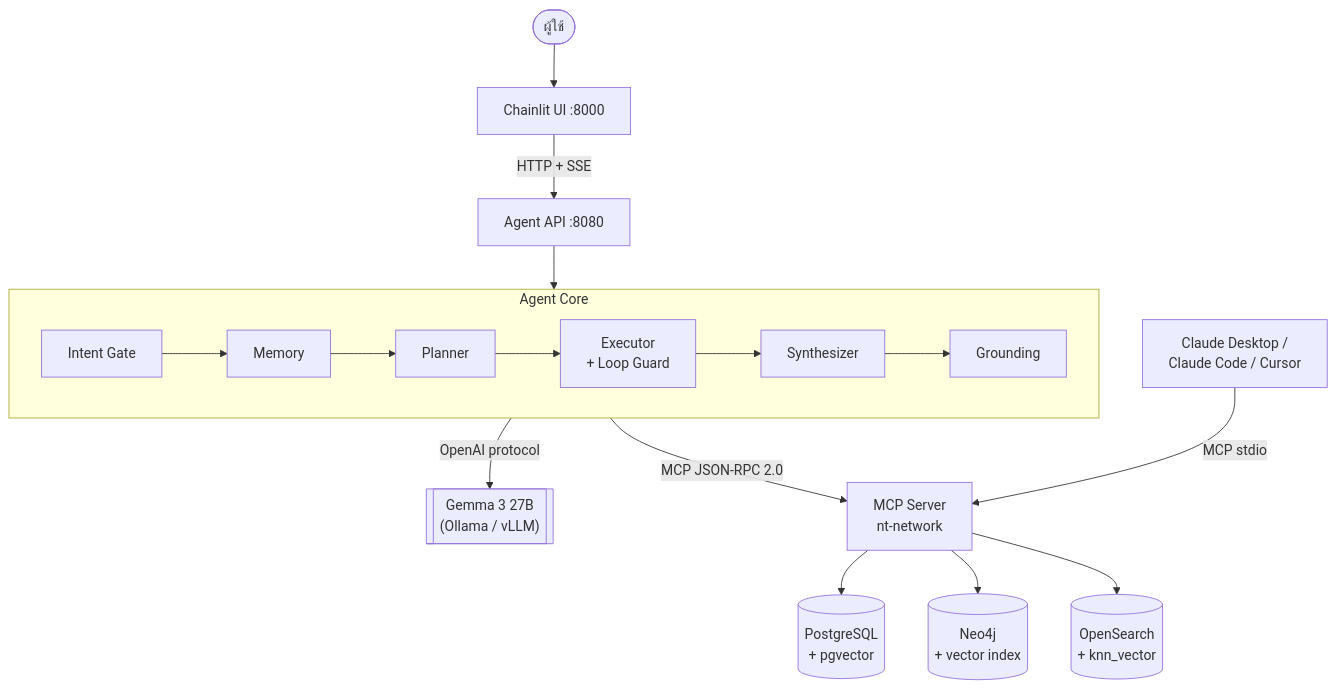
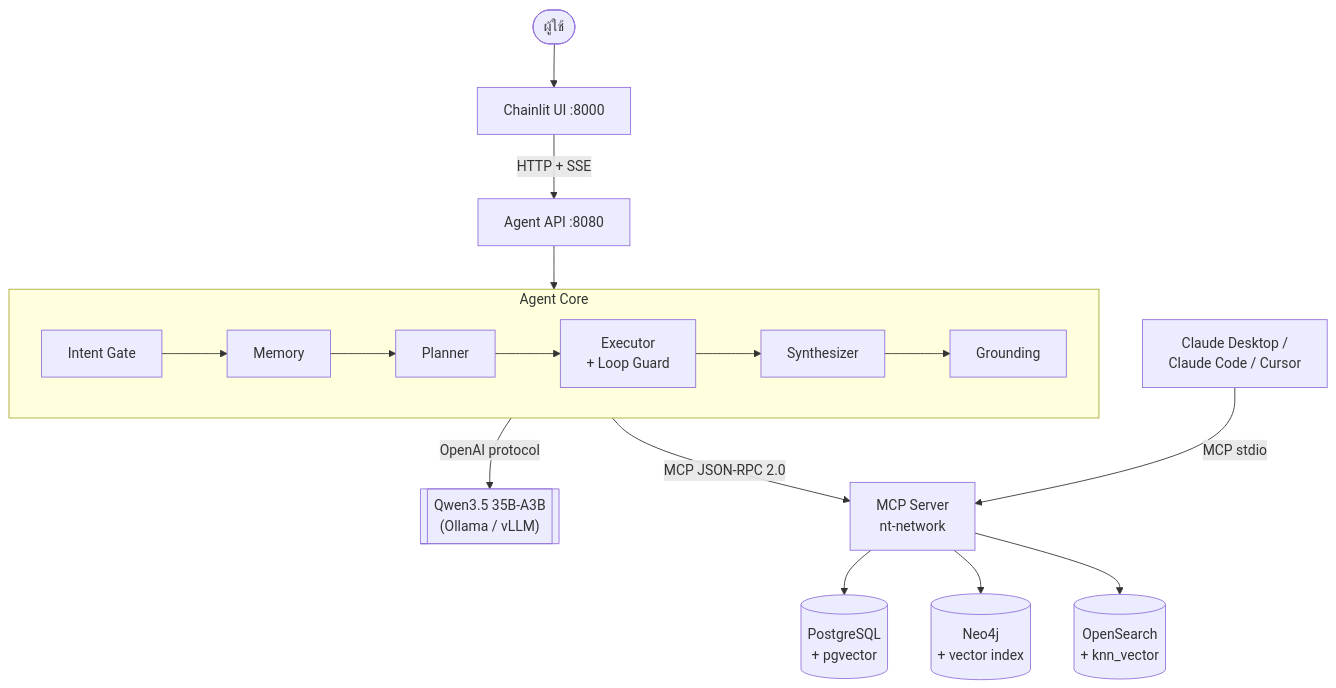
One commit to LLM-CE-KMITL/mcp-workshop changed the second of 3 diagrams in instructions/00-architecture.md. Above: the diagram before and after it, drawn with Mermaid. The commit also changed other lines of this file and 43 other files, not shown here.

````diff
--- a/instructions/00-architecture.md
+++ b/instructions/00-architecture.md
@@ -36,24 +36,24 @@
 ```mermaid
 flowchart TB
     U([ผู้ใช้]) --> UI["Chainlit UI :8000"]
     UI -->|HTTP + SSE| API["Agent API :8080"]
 
     subgraph CORE["Agent Core"]
         direction LR
         I["Intent Gate"] --> M["Memory"]
         M --> P["Planner"]
         P --> E["Executor<br/>+ Loop Guard"]
         E --> S["Synthesizer"]
         S --> G["Grounding"]
     end
 
     API --> CORE
-    CORE -->|OpenAI protocol| LLM[["Gemma 3 27B<br/>(Ollama / vLLM)"]]
+    CORE -->|OpenAI protocol| LLM[["Qwen3.5 35B-A3B<br/>(Ollama / vLLM)"]]
     CORE -->|MCP JSON-RPC 2.0| MCP["MCP Server<br/>nt-network"]
 
     MCP --> PG[("PostgreSQL<br/>+ pgvector")]
     MCP --> NEO[("Neo4j<br/>+ vector index")]
     MCP --> OS[("OpenSearch<br/>+ knn_vector")]
 
     CD["Claude Desktop /<br/>Claude Code / Cursor"] -->|MCP stdio| MCP
 ```
````
